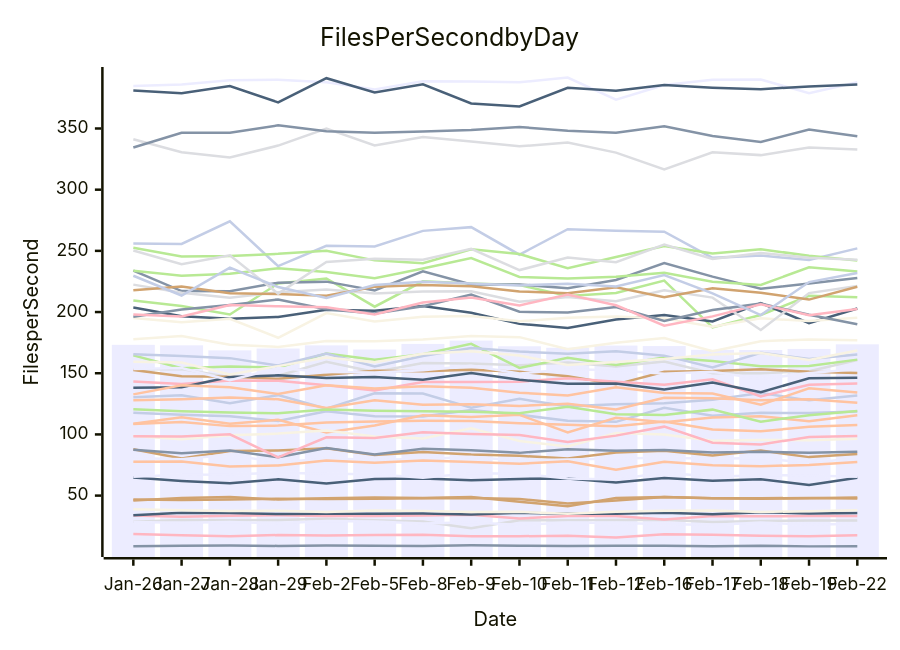
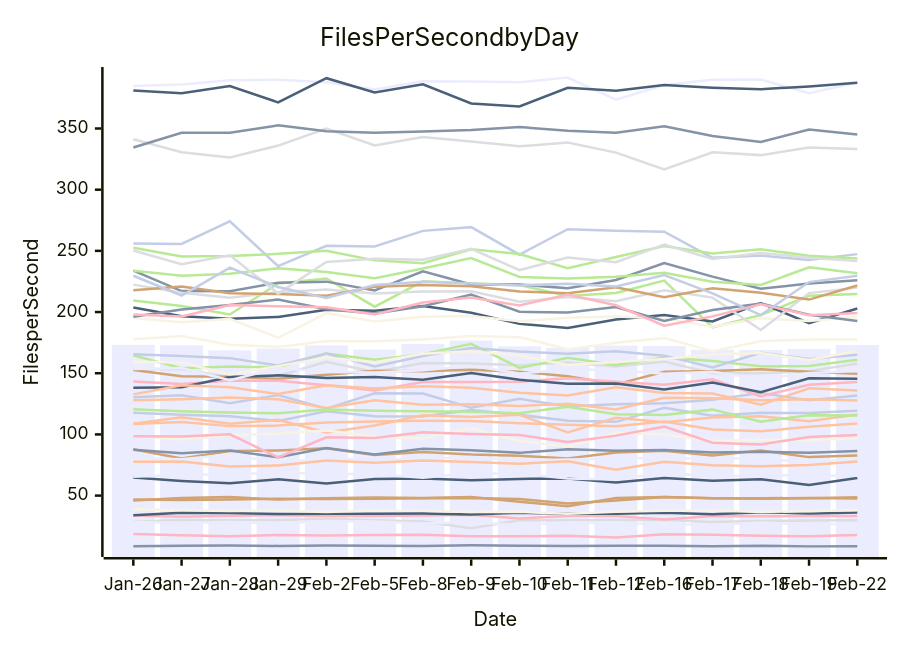
Before and after one commit to streetsidesoftware/cspell: the diagram in perf-report.md, drawn with Mermaid. The commit also changed other lines of this file and 1 other file, not shown here.

````diff
--- a/perf-report.md
+++ b/perf-report.md
@@ -10,57 +10,57 @@
 ```mermaid
 xychart-beta
     title Files Per Second by Day
     y-axis Files per Second
     x-axis Date [Jan-26, Jan-27, Jan-28, Jan-29, Feb-2, Feb-5, Feb-8, Feb-9, Feb-10, Feb-11, Feb-12, Feb-16, Feb-17, Feb-18, Feb-19, Feb-22]
-    bar [173.21, 172.82, 168.69, 170.17, 172.76, 169.39, 173.94, 176.68, 172.01, 170.80, 172.59, 172.20, 169.11, 168.97, 169.87, 173.64]
-    line [8.69, 9.06, 9.17, 8.90, 9.14, 9.10, 8.87, 9.39, 9.10, 8.79, 9.11, 8.93, 8.64, 9.05, 8.51, 8.68]
-    line [108.52, 110.13, 106.78, 107.20, 109.65, 110.63, 111.16, 110.94, 109.21, 107.83, 106.68, 110.60, 103.95, 102.58, 106.20, 107.78]
-    line [28.70, 30.12, 29.90, 29.99, 31.08, 29.80, 28.87, 23.26, 29.91, 29.82, 30.05, 30.35, 28.52, 29.28, 29.65, 29.74]
-    line [209.49, 204.94, 198.04, 223.32, 227.45, 204.37, 225.14, 223.42, 222.08, 213.20, 215.50, 225.73, 187.50, 197.59, 213.32, 212.01]
-    line [87.91, 80.34, 86.50, 86.84, 88.66, 83.22, 85.59, 83.52, 82.54, 80.25, 85.24, 86.74, 82.84, 86.83, 81.45, 84.05]
-    line [130.32, 132.03, 125.54, 132.09, 121.09, 133.64, 133.48, 121.84, 129.06, 122.93, 124.68, 125.50, 128.25, 133.90, 127.83, 131.71]
-    line [33.70, 32.82, 33.62, 33.93, 33.23, 33.25, 33.77, 34.38, 31.28, 33.43, 33.24, 30.53, 33.31, 33.04, 33.28, 33.35]
-    line [203.69, 196.52, 194.52, 195.98, 201.87, 201.12, 204.97, 199.43, 190.33, 187.01, 193.91, 197.53, 192.34, 207.35, 190.87, 202.88]
-    line [195.04, 191.69, 194.48, 178.97, 199.11, 192.32, 196.15, 196.80, 192.49, 195.28, 196.29, 194.83, 188.10, 194.84, 192.66, 195.37]
-    line [80.80, 79.69, 83.58, 77.01, 80.34, 79.32, 79.86, 81.63, 78.70, 79.41, 80.42, 80.99, 80.08, 80.78, 76.61, 80.52]
-    line [233.87, 217.12, 216.93, 224.01, 224.86, 217.64, 233.33, 222.49, 222.54, 219.50, 226.16, 240.10, 228.96, 219.08, 223.33, 227.92]
-    line [127.88, 128.69, 130.23, 128.77, 121.54, 127.82, 124.27, 124.62, 123.31, 125.03, 120.42, 129.98, 129.47, 127.87, 128.69, 125.78]
-    line [152.95, 153.44, 146.68, 148.04, 159.34, 150.93, 158.41, 157.97, 156.56, 158.71, 155.41, 159.62, 150.02, 150.05, 151.55, 160.77]
-    line [233.83, 229.73, 231.27, 235.75, 232.76, 227.56, 235.60, 244.14, 228.71, 227.46, 228.82, 232.02, 224.80, 222.16, 236.53, 233.20]
-    line [152.72, 147.54, 147.09, 145.41, 148.70, 151.93, 151.71, 152.93, 151.27, 147.55, 140.92, 151.13, 151.76, 153.31, 151.18, 150.10]
-    line [256.11, 255.68, 274.20, 237.51, 254.20, 253.57, 266.34, 269.39, 246.86, 267.66, 266.35, 265.66, 244.28, 246.16, 242.48, 252.03]
-    line [18.55, 17.57, 16.82, 17.76, 17.39, 17.79, 18.01, 16.74, 16.81, 17.17, 15.81, 18.35, 18.08, 17.18, 16.76, 17.69]
-    line [33.94, 35.92, 35.70, 34.97, 35.24, 35.24, 35.29, 34.51, 36.01, 35.10, 35.21, 35.98, 34.82, 36.43, 35.46, 35.83]
-    line [38.81, 37.93, 37.35, 37.58, 36.65, 37.87, 37.52, 36.62, 36.71, 35.21, 36.78, 37.62, 37.74, 36.57, 37.30, 37.95]
-    line [384.72, 385.87, 389.43, 389.76, 387.86, 381.95, 388.55, 388.50, 387.75, 391.57, 373.53, 385.59, 389.88, 390.09, 378.81, 387.85]
-    line [87.49, 84.71, 86.94, 81.29, 88.85, 83.51, 88.25, 87.06, 84.92, 87.81, 86.69, 87.24, 85.15, 85.90, 85.00, 85.77]
-    line [77.74, 77.78, 73.82, 74.60, 78.73, 76.88, 78.62, 77.47, 76.02, 78.07, 71.09, 77.64, 74.87, 74.07, 74.98, 77.55]
-    line [222.41, 215.81, 211.64, 216.10, 218.52, 215.06, 216.88, 216.99, 208.40, 212.31, 208.84, 217.81, 211.80, 185.28, 215.46, 221.35]
-    line [164.60, 154.09, 155.59, 154.71, 166.16, 160.94, 165.57, 174.04, 154.30, 162.65, 156.66, 162.87, 159.96, 155.64, 155.90, 161.12]
-    line [217.84, 220.87, 215.44, 214.77, 213.40, 220.70, 222.08, 221.01, 216.87, 215.38, 220.23, 212.12, 219.37, 215.84, 210.18, 220.61]
-    line [117.78, 116.14, 114.78, 110.96, 118.96, 114.84, 114.56, 119.99, 116.03, 111.12, 110.27, 121.81, 115.35, 117.70, 117.45, 118.66]
-    line [143.21, 141.20, 143.98, 143.78, 140.14, 135.87, 142.86, 142.75, 143.10, 145.82, 143.11, 140.65, 144.98, 130.98, 140.65, 141.53]
-    line [64.72, 62.00, 60.00, 63.28, 59.94, 63.60, 64.06, 62.64, 63.65, 63.88, 60.68, 64.42, 62.12, 63.28, 58.66, 64.55]
-    line [177.69, 180.46, 173.36, 171.47, 176.27, 176.08, 177.50, 180.37, 179.50, 169.53, 174.82, 178.71, 168.06, 176.19, 177.57, 177.03]
-    line [65.41, 67.07, 67.22, 68.71, 67.83, 67.42, 64.50, 68.29, 67.95, 63.94, 63.10, 68.79, 65.40, 66.62, 66.45, 65.50]
-    line [196.11, 202.03, 205.84, 210.33, 202.30, 198.84, 204.68, 214.35, 200.27, 199.54, 204.14, 192.69, 201.75, 206.87, 197.87, 189.99]
-    line [108.80, 113.98, 108.63, 112.03, 101.57, 107.21, 115.59, 114.29, 115.98, 101.55, 113.56, 109.85, 113.73, 114.86, 110.85, 115.73]
-    line [341.26, 330.59, 326.24, 336.05, 350.02, 336.18, 342.95, 339.36, 335.43, 338.51, 330.30, 316.59, 330.53, 328.24, 334.55, 332.88]
-    line [252.46, 245.33, 245.88, 247.56, 250.17, 242.23, 239.94, 251.24, 247.36, 235.88, 244.92, 253.98, 247.84, 251.30, 245.99, 242.05]
-    line [46.87, 46.43, 46.80, 47.45, 47.29, 47.35, 47.86, 48.05, 47.30, 43.46, 46.02, 48.76, 47.89, 47.85, 48.05, 47.57]
-    line [165.48, 164.06, 162.34, 156.27, 166.07, 155.61, 164.06, 170.66, 167.78, 165.93, 167.97, 164.38, 154.74, 166.79, 161.65, 165.34]
-    line [197.93, 196.32, 205.82, 204.70, 203.85, 198.04, 207.86, 211.91, 205.36, 214.41, 205.57, 188.86, 196.47, 206.41, 197.46, 202.40]
-    line [138.21, 138.55, 146.90, 148.25, 146.04, 146.87, 144.71, 150.09, 144.64, 141.32, 141.68, 136.63, 142.32, 134.55, 145.82, 146.31]
-    line [98.65, 96.11, 99.25, 100.66, 103.18, 98.24, 96.65, 104.96, 94.67, 90.15, 101.17, 99.92, 94.76, 95.38, 95.32, 96.56]
-    line [28.41, 27.77, 28.43, 27.26, 29.20, 28.78, 27.22, 28.25, 25.94, 28.04, 27.66, 26.73, 25.95, 28.09, 26.29, 26.89]
-    line [334.45, 346.57, 346.60, 352.58, 347.78, 346.57, 347.57, 348.75, 351.19, 348.15, 346.62, 351.78, 343.88, 338.94, 349.19, 343.58]
-    line [132.73, 140.24, 138.48, 133.03, 140.20, 137.55, 139.32, 138.06, 134.03, 131.86, 138.50, 133.91, 133.44, 124.24, 137.70, 134.25]
-    line [250.24, 239.03, 246.34, 215.04, 240.95, 243.60, 242.70, 251.69, 234.31, 244.51, 240.78, 255.22, 243.34, 248.23, 244.44, 242.76]
-    line [120.57, 119.01, 117.99, 117.30, 120.43, 119.43, 118.96, 118.43, 117.39, 122.51, 116.51, 115.88, 120.25, 110.42, 115.69, 119.07]
-    line [46.02, 47.96, 48.80, 46.78, 47.79, 48.42, 47.97, 48.95, 44.92, 41.33, 48.11, 48.93, 47.91, 47.47, 47.85, 48.38]
-    line [229.64, 213.50, 236.23, 220.41, 211.45, 222.13, 224.72, 223.26, 221.76, 223.13, 220.88, 230.21, 215.32, 197.56, 224.48, 231.92]
-    line [98.45, 98.30, 100.11, 81.16, 97.62, 97.16, 101.86, 100.35, 99.46, 93.91, 99.01, 106.34, 93.17, 91.86, 97.86, 98.64]
-    line [381.11, 378.87, 384.64, 371.32, 391.09, 379.53, 386.07, 370.43, 367.95, 383.26, 380.80, 385.48, 383.39, 382.12, 384.41, 385.92]
-    line [159.47, 158.84, 149.03, 155.81, 162.82, 158.93, 165.88, 167.89, 164.45, 156.78, 159.08, 161.56, 165.23, 166.55, 160.76, 168.55]
-    line [153.48, 154.19, 144.39, 154.19, 151.10, 150.58, 152.48, 156.02, 149.70, 153.17, 152.51, 149.58, 151.17, 145.28, 150.19, 153.20]
+    bar [173.21, 172.82, 168.69, 170.17, 172.76, 169.39, 173.94, 176.68, 172.01, 170.80, 172.59, 172.20, 169.11, 168.97, 169.87, 173.08]
+    line [8.69, 9.06, 9.17, 8.90, 9.14, 9.10, 8.87, 9.39, 9.10, 8.79, 9.11, 8.93, 8.64, 9.05, 8.51, 8.67]
+    line [108.52, 110.13, 106.78, 107.20, 109.65, 110.63, 111.16, 110.94, 109.21, 107.83, 106.68, 110.60, 103.95, 102.58, 106.20, 108.90]
+    line [28.70, 30.12, 29.90, 29.99, 31.08, 29.80, 28.87, 23.26, 29.91, 29.82, 30.05, 30.35, 28.52, 29.28, 29.65, 29.92]
+    line [209.49, 204.94, 198.04, 223.32, 227.45, 204.37, 225.14, 223.42, 222.08, 213.20, 215.50, 225.73, 187.50, 197.59, 213.32, 214.65]
+    line [87.91, 80.34, 86.50, 86.84, 88.66, 83.22, 85.59, 83.52, 82.54, 80.25, 85.24, 86.74, 82.84, 86.83, 81.45, 82.71]
+    line [130.32, 132.03, 125.54, 132.09, 121.09, 133.64, 133.48, 121.84, 129.06, 122.93, 124.68, 125.50, 128.25, 133.90, 127.83, 131.85]
+    line [33.70, 32.82, 33.62, 33.93, 33.23, 33.25, 33.77, 34.38, 31.28, 33.43, 33.24, 30.53, 33.31, 33.04, 33.28, 33.40]
+    line [203.69, 196.52, 194.52, 195.98, 201.87, 201.12, 204.97, 199.43, 190.33, 187.01, 193.91, 197.53, 192.34, 207.35, 190.87, 202.87]
+    line [195.04, 191.69, 194.48, 178.97, 199.11, 192.32, 196.15, 196.80, 192.49, 195.28, 196.29, 194.83, 188.10, 194.84, 192.66, 196.09]
+    line [80.80, 79.69, 83.58, 77.01, 80.34, 79.32, 79.86, 81.63, 78.70, 79.41, 80.42, 80.99, 80.08, 80.78, 76.61, 80.56]
+    line [233.87, 217.12, 216.93, 224.01, 224.86, 217.64, 233.33, 222.49, 222.54, 219.50, 226.16, 240.10, 228.96, 219.08, 223.33, 225.91]
+    line [127.88, 128.69, 130.23, 128.77, 121.54, 127.82, 124.27, 124.62, 123.31, 125.03, 120.42, 129.98, 129.47, 127.87, 128.69, 127.64]
+    line [152.95, 153.44, 146.68, 148.04, 159.34, 150.93, 158.41, 157.97, 156.56, 158.71, 155.41, 159.62, 150.02, 150.05, 151.55, 158.01]
+    line [233.83, 229.73, 231.27, 235.75, 232.76, 227.56, 235.60, 244.14, 228.71, 227.46, 228.82, 232.02, 224.80, 222.16, 236.53, 231.78]
+    line [152.72, 147.54, 147.09, 145.41, 148.70, 151.93, 151.71, 152.93, 151.27, 147.55, 140.92, 151.13, 151.76, 153.31, 151.18, 149.50]
+    line [256.11, 255.68, 274.20, 237.51, 254.20, 253.57, 266.34, 269.39, 246.86, 267.66, 266.35, 265.66, 244.28, 246.16, 242.48, 247.33]
+    line [18.55, 17.57, 16.82, 17.76, 17.39, 17.79, 18.01, 16.74, 16.81, 17.17, 15.81, 18.35, 18.08, 17.18, 16.76, 17.81]
+    line [33.94, 35.92, 35.70, 34.97, 35.24, 35.24, 35.29, 34.51, 36.01, 35.10, 35.21, 35.98, 34.82, 36.43, 35.46, 36.09]
+    line [38.81, 37.93, 37.35, 37.58, 36.65, 37.87, 37.52, 36.62, 36.71, 35.21, 36.78, 37.62, 37.74, 36.57, 37.30, 38.14]
+    line [384.72, 385.87, 389.43, 389.76, 387.86, 381.95, 388.55, 388.50, 387.75, 391.57, 373.53, 385.59, 389.88, 390.09, 378.81, 387.64]
+    line [87.49, 84.71, 86.94, 81.29, 88.85, 83.51, 88.25, 87.06, 84.92, 87.81, 86.69, 87.24, 85.15, 85.90, 85.00, 86.52]
+    line [77.74, 77.78, 73.82, 74.60, 78.73, 76.88, 78.62, 77.47, 76.02, 78.07, 71.09, 77.64, 74.87, 74.07, 74.98, 77.95]
+    line [222.41, 215.81, 211.64, 216.10, 218.52, 215.06, 216.88, 216.99, 208.40, 212.31, 208.84, 217.81, 211.80, 185.28, 215.46, 219.96]
+    line [164.60, 154.09, 155.59, 154.71, 166.16, 160.94, 165.57, 174.04, 154.30, 162.65, 156.66, 162.87, 159.96, 155.64, 155.90, 161.03]
+    line [217.84, 220.87, 215.44, 214.77, 213.40, 220.70, 222.08, 221.01, 216.87, 215.38, 220.23, 212.12, 219.37, 215.84, 210.18, 221.71]
+    line [117.78, 116.14, 114.78, 110.96, 118.96, 114.84, 114.56, 119.99, 116.03, 111.12, 110.27, 121.81, 115.35, 117.70, 117.45, 119.34]
+    line [143.21, 141.20, 143.98, 143.78, 140.14, 135.87, 142.86, 142.75, 143.10, 145.82, 143.11, 140.65, 144.98, 130.98, 140.65, 142.89]
+    line [64.72, 62.00, 60.00, 63.28, 59.94, 63.60, 64.06, 62.64, 63.65, 63.88, 60.68, 64.42, 62.12, 63.28, 58.66, 64.46]
+    line [177.69, 180.46, 173.36, 171.47, 176.27, 176.08, 177.50, 180.37, 179.50, 169.53, 174.82, 178.71, 168.06, 176.19, 177.57, 177.57]
+    line [65.41, 67.07, 67.22, 68.71, 67.83, 67.42, 64.50, 68.29, 67.95, 63.94, 63.10, 68.79, 65.40, 66.62, 66.45, 66.30]
+    line [196.11, 202.03, 205.84, 210.33, 202.30, 198.84, 204.68, 214.35, 200.27, 199.54, 204.14, 192.69, 201.75, 206.87, 197.87, 192.70]
+    line [108.80, 113.98, 108.63, 112.03, 101.57, 107.21, 115.59, 114.29, 115.98, 101.55, 113.56, 109.85, 113.73, 114.86, 110.85, 116.33]
+    line [341.26, 330.59, 326.24, 336.05, 350.02, 336.18, 342.95, 339.36, 335.43, 338.51, 330.30, 316.59, 330.53, 328.24, 334.55, 333.25]
+    line [252.46, 245.33, 245.88, 247.56, 250.17, 242.23, 239.94, 251.24, 247.36, 235.88, 244.92, 253.98, 247.84, 251.30, 245.99, 243.73]
+    line [46.87, 46.43, 46.80, 47.45, 47.29, 47.35, 47.86, 48.05, 47.30, 43.46, 46.02, 48.76, 47.89, 47.85, 48.05, 47.61]
+    line [165.48, 164.06, 162.34, 156.27, 166.07, 155.61, 164.06, 170.66, 167.78, 165.93, 167.97, 164.38, 154.74, 166.79, 161.65, 165.18]
+    line [197.93, 196.32, 205.82, 204.70, 203.85, 198.04, 207.86, 211.91, 205.36, 214.41, 205.57, 188.86, 196.47, 206.41, 197.46, 199.27]
+    line [138.21, 138.55, 146.90, 148.25, 146.04, 146.87, 144.71, 150.09, 144.64, 141.32, 141.68, 136.63, 142.32, 134.55, 145.82, 145.43]
+    line [98.65, 96.11, 99.25, 100.66, 103.18, 98.24, 96.65, 104.96, 94.67, 90.15, 101.17, 99.92, 94.76, 95.38, 95.32, 97.11]
+    line [28.41, 27.77, 28.43, 27.26, 29.20, 28.78, 27.22, 28.25, 25.94, 28.04, 27.66, 26.73, 25.95, 28.09, 26.29, 27.27]
+    line [334.45, 346.57, 346.60, 352.58, 347.78, 346.57, 347.57, 348.75, 351.19, 348.15, 346.62, 351.78, 343.88, 338.94, 349.19, 345.01]
+    line [132.73, 140.24, 138.48, 133.03, 140.20, 137.55, 139.32, 138.06, 134.03, 131.86, 138.50, 133.91, 133.44, 124.24, 137.70, 135.91]
+    line [250.24, 239.03, 246.34, 215.04, 240.95, 243.60, 242.70, 251.69, 234.31, 244.51, 240.78, 255.22, 243.34, 248.23, 244.44, 241.78]
+    line [120.57, 119.01, 117.99, 117.30, 120.43, 119.43, 118.96, 118.43, 117.39, 122.51, 116.51, 115.88, 120.25, 110.42, 115.69, 115.50]
+    line [46.02, 47.96, 48.80, 46.78, 47.79, 48.42, 47.97, 48.95, 44.92, 41.33, 48.11, 48.93, 47.91, 47.47, 47.85, 48.74]
+    line [229.64, 213.50, 236.23, 220.41, 211.45, 222.13, 224.72, 223.26, 221.76, 223.13, 220.88, 230.21, 215.32, 197.56, 224.48, 229.61]
+    line [98.45, 98.30, 100.11, 81.16, 97.62, 97.16, 101.86, 100.35, 99.46, 93.91, 99.01, 106.34, 93.17, 91.86, 97.86, 99.51]
+    line [381.11, 378.87, 384.64, 371.32, 391.09, 379.53, 386.07, 370.43, 367.95, 383.26, 380.80, 385.48, 383.39, 382.12, 384.41, 387.40]
+    line [159.47, 158.84, 149.03, 155.81, 162.82, 158.93, 165.88, 167.89, 164.45, 156.78, 159.08, 161.56, 165.23, 166.55, 160.76, 168.23]
+    line [153.48, 154.19, 144.39, 154.19, 151.10, 150.58, 152.48, 156.02, 149.70, 153.17, 152.51, 149.58, 151.17, 145.28, 150.19, 151.80]
 ```
````
